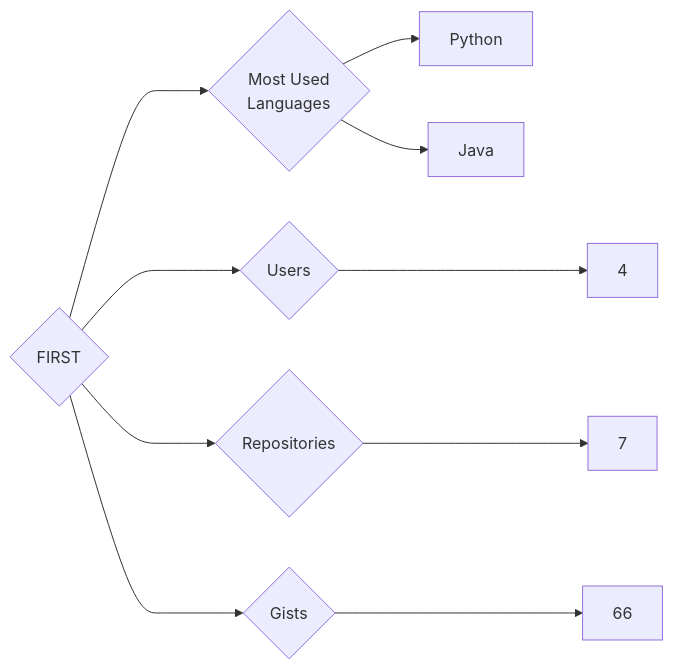
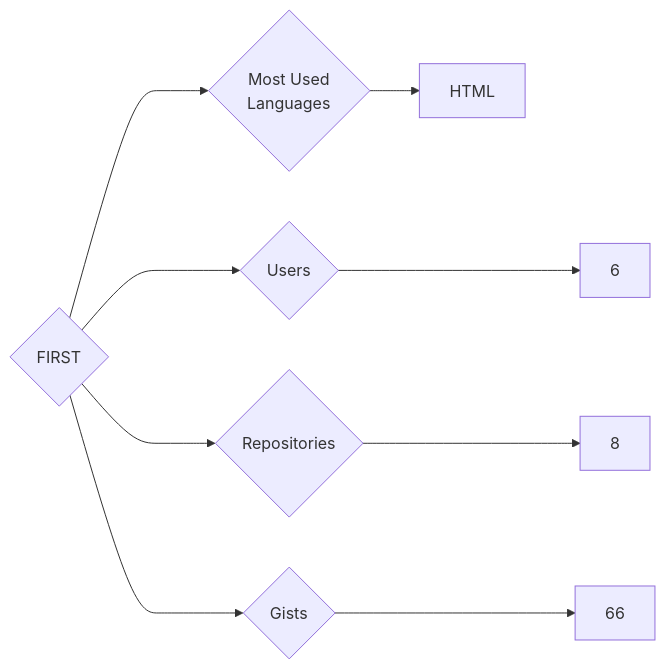
The diagram in targets/FIRST/README.md (trickest/insiders), drawn with Mermaid before and after one commit. The commit also changed 933 other files, not shown here.

````diff
--- a/targets/FIRST/README.md
+++ b/targets/FIRST/README.md
@@ -3,10 +3,9 @@
 ```mermaid
 graph LR
 COMPANY_NAME{FIRST}
-COMPANY_NAME ---> U{Users} ---> UN[4]
-COMPANY_NAME ---> R{Repositories} ---> RN[7]
+COMPANY_NAME ---> U{Users} ---> UN[6]
+COMPANY_NAME ---> R{Repositories} ---> RN[8]
 COMPANY_NAME ---> G{Gists} ---> GN[66]
 COMPANY_NAME ---> ML{Most Used<br>Languages}
-ML --> Python[Python]
-ML --> Java[Java]
+ML --> HTML[HTML]
 ```
````
